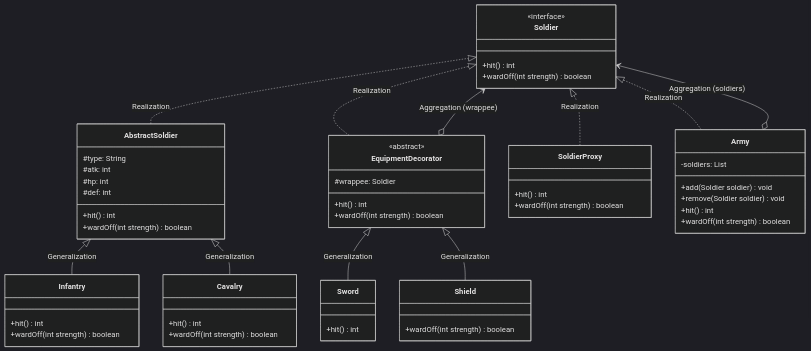
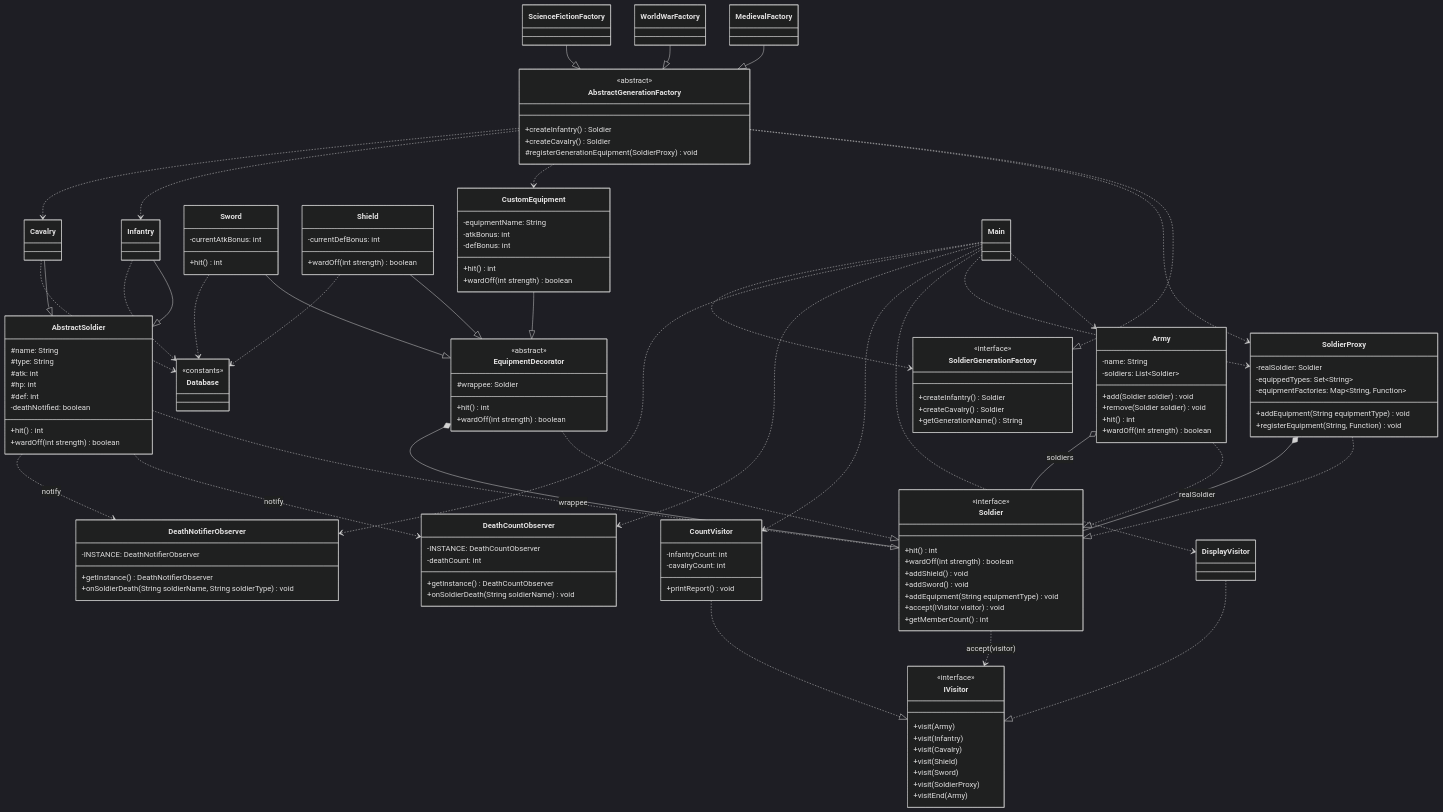
Before and after one commit to MinhHCMUSsv/army-game: the diagram in docs/diagram.mmd, drawn with Mermaid (dark theme). The commit also changed 15 other files, not shown here.

```diff
--- a/docs/diagram.mmd
+++ b/docs/diagram.mmd
@@ -1,65 +1,158 @@
 classDiagram
-    direction BT
-    
+    direction TB
+
     class Soldier {
         <<interface>>
         +hit() int
         +wardOff(int strength) boolean
+        +addShield() void
+        +addSword() void
+        +addEquipment(String equipmentType) void
+        +accept(IVisitor visitor) void
+        +getMemberCount() int
     }
 
     class AbstractSoldier {
+        #name: String
         #type: String
         #atk: int
         #hp: int
         #def: int
+        -deathNotified: boolean
         +hit() int
         +wardOff(int strength) boolean
     }
-    AbstractSoldier ..|> Soldier : Realization
 
-    class Infantry {
-        +hit() int
-        +wardOff(int strength) boolean
-    }
-    Infantry --|> AbstractSoldier : Generalization
+    class Infantry
+    class Cavalry
 
-    class Cavalry {
-        +hit() int
-        +wardOff(int strength) boolean
-    }
-    Cavalry --|> AbstractSoldier : Generalization
+    AbstractSoldier ..|> Soldier
+    Infantry --|> AbstractSoldier
+    Cavalry --|> AbstractSoldier
 
     class EquipmentDecorator {
         <<abstract>>
         #wrappee: Soldier
         +hit() int
         +wardOff(int strength) boolean
     }
-    EquipmentDecorator ..|> Soldier : Realization
-    EquipmentDecorator o--> Soldier : Aggregation (wrappee)
-
     class Sword {
+        -currentAtkBonus: int
         +hit() int
     }
-    Sword --|> EquipmentDecorator : Generalization
-
     class Shield {
+        -currentDefBonus: int
         +wardOff(int strength) boolean
     }
-    Shield --|> EquipmentDecorator : Generalization
-
-    class SoldierProxy {
+    class CustomEquipment {
+        -equipmentName: String
+        -atkBonus: int
+        -defBonus: int
         +hit() int
         +wardOff(int strength) boolean
     }
-    SoldierProxy ..|> Soldier : Realization
+
+    EquipmentDecorator ..|> Soldier
+    EquipmentDecorator *-- Soldier : wrappee
+    Sword --|> EquipmentDecorator
+    Shield --|> EquipmentDecorator
+    CustomEquipment --|> EquipmentDecorator
+
+    class SoldierProxy {
+        -realSoldier: Soldier
+        -equippedTypes: Set~String~
+        -equipmentFactories: Map~String, Function~
+        +addEquipment(String equipmentType) void
+        +registerEquipment(String, Function) void
+    }
+    SoldierProxy ..|> Soldier
+    SoldierProxy *-- Soldier : realSoldier
 
     class Army {
-        -soldiers: List<Solider>
+        -name: String
+        -soldiers: List~Soldier~
         +add(Soldier soldier) void
         +remove(Soldier soldier) void
         +hit() int
         +wardOff(int strength) boolean
     }
-    Army ..|> Soldier : Realization
-    Army o--> Soldier : Aggregation (soldiers)
+    Army ..|> Soldier
+    Army o-- Soldier : soldiers
+
+    class IVisitor {
+        <<interface>>
+        +visit(Army)
+        +visit(Infantry)
+        +visit(Cavalry)
+        +visit(Shield)
+        +visit(Sword)
+        +visit(SoldierProxy)
+        +visitEnd(Army)
+    }
+    class DisplayVisitor
+    class CountVisitor {
+        -infantryCount: int
+        -cavalryCount: int
+        +printReport() void
+    }
+
+    DisplayVisitor ..|> IVisitor
+    CountVisitor ..|> IVisitor
+    Soldier ..> IVisitor : accept(visitor)
+
+    class DeathCountObserver {
+        -INSTANCE: DeathCountObserver
+        -deathCount: int
+        +getInstance() DeathCountObserver
+        +onSoldierDeath(String soldierName) void
+    }
+    class DeathNotifierObserver {
+        -INSTANCE: DeathNotifierObserver
+        +getInstance() DeathNotifierObserver
+        +onSoldierDeath(String soldierName, String soldierType) void
+    }
+
+    AbstractSoldier ..> DeathCountObserver : notify
+    AbstractSoldier ..> DeathNotifierObserver : notify
+
+    class SoldierGenerationFactory {
+        <<interface>>
+        +createInfantry() Soldier
+        +createCavalry() Soldier
+        +getGenerationName() String
+    }
+    class AbstractGenerationFactory {
+        <<abstract>>
+        +createInfantry() Soldier
+        +createCavalry() Soldier
+        #registerGenerationEquipment(SoldierProxy) void
+    }
+    class MedievalFactory
+    class WorldWarFactory
+    class ScienceFictionFactory
+
+    AbstractGenerationFactory ..|> SoldierGenerationFactory
+    MedievalFactory --|> AbstractGenerationFactory
+    WorldWarFactory --|> AbstractGenerationFactory
+    ScienceFictionFactory --|> AbstractGenerationFactory
+    AbstractGenerationFactory ..> SoldierProxy
+    AbstractGenerationFactory ..> CustomEquipment
+    AbstractGenerationFactory ..> Infantry
+    AbstractGenerationFactory ..> Cavalry
+
+    class Database {
+        <<constants>>
+    }
+    Infantry ..> Database
+    Cavalry ..> Database
+    Sword ..> Database
+    Shield ..> Database
+
+    class Main
+    Main ..> Army
+    Main ..> SoldierProxy
+    Main ..> DisplayVisitor
+    Main ..> CountVisitor
+    Main ..> DeathCountObserver
+    Main ..> DeathNotifierObserver
+    Main ..> SoldierGenerationFactory
```
